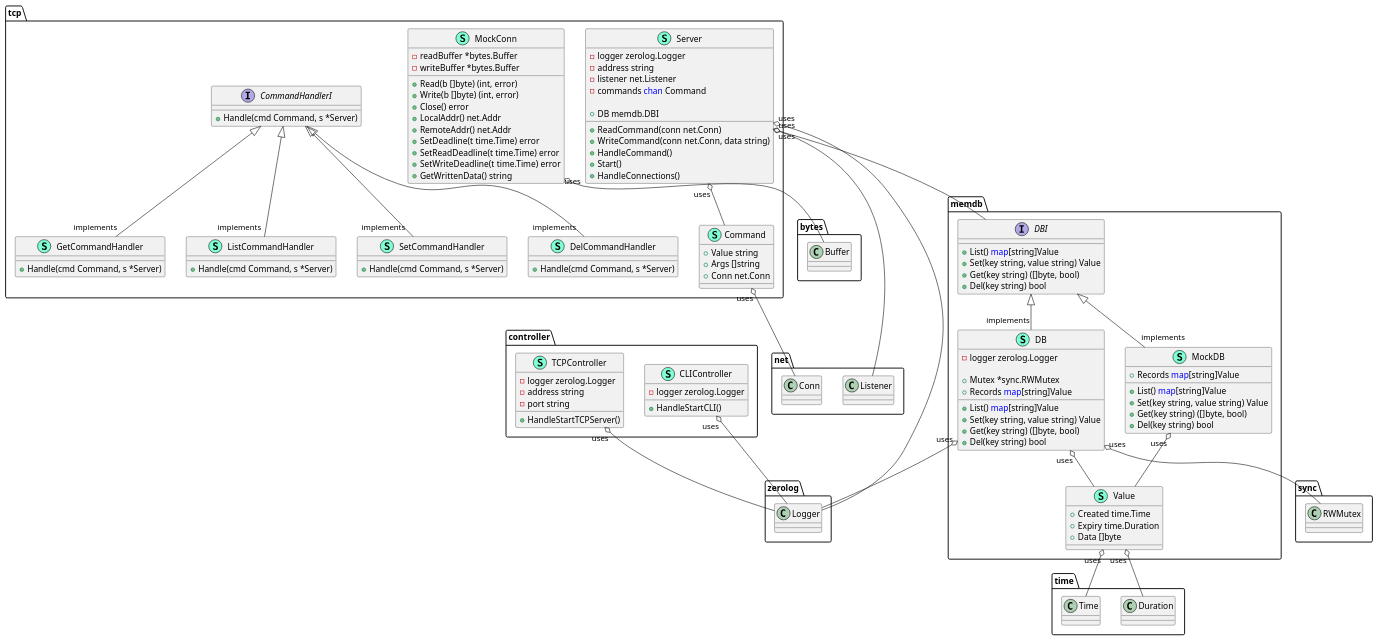
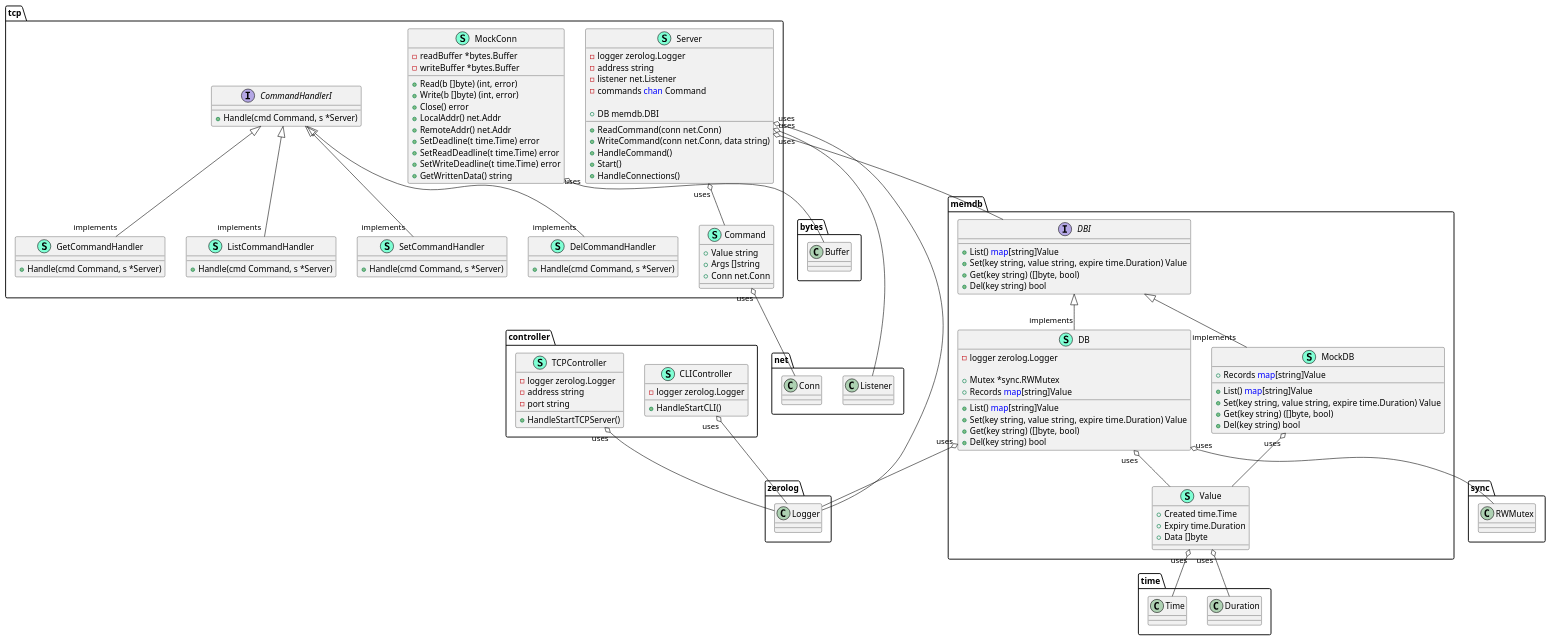
Before and after one commit to gijsdb/go-mem-db: the diagram in serverClassDiagram.puml, drawn with PlantUML. The commit also changed 1 other file, not shown here.

Commit message:
updated UML diagram

```diff
--- a/serverClassDiagram.puml
+++ b/serverClassDiagram.puml
@@ -1,141 +1,141 @@
 @startuml
 namespace controller {
     class CLIController << (S,Aquamarine) >> {
         - logger zerolog.Logger
 
         + HandleStartCLI() 
 
     }
     class TCPController << (S,Aquamarine) >> {
         - logger zerolog.Logger
         - address string
         - port string
 
         + HandleStartTCPServer() 
 
     }
 }
 
 
 "controller.CLIController""uses" o-- "zerolog.Logger"
 "controller.TCPController""uses" o-- "zerolog.Logger"
 
 namespace memdb {
     class DB << (S,Aquamarine) >> {
         - logger zerolog.Logger
 
         + Mutex *sync.RWMutex
         + Records <font color=blue>map</font>[string]Value
 
         + List() <font color=blue>map</font>[string]Value
-        + Set(key string, value string) Value
+        + Set(key string, value string, expire time.Duration) Value
         + Get(key string) ([]byte, bool)
         + Del(key string) bool
 
     }
     interface DBI  {
         + List() <font color=blue>map</font>[string]Value
-        + Set(key string, value string) Value
+        + Set(key string, value string, expire time.Duration) Value
         + Get(key string) ([]byte, bool)
         + Del(key string) bool
 
     }
     class MockDB << (S,Aquamarine) >> {
         + Records <font color=blue>map</font>[string]Value
 
         + List() <font color=blue>map</font>[string]Value
-        + Set(key string, value string) Value
+        + Set(key string, value string, expire time.Duration) Value
         + Get(key string) ([]byte, bool)
         + Del(key string) bool
 
     }
     class Value << (S,Aquamarine) >> {
         + Created time.Time
         + Expiry time.Duration
         + Data []byte
 
     }
 }
 
 "memdb.DBI" <|-- "implements""memdb.DB"
 "memdb.DBI" <|-- "implements""memdb.MockDB"
 
 "memdb.DB""uses" o-- "memdb.Value"
 "memdb.DB""uses" o-- "sync.RWMutex"
 "memdb.DB""uses" o-- "zerolog.Logger"
 "memdb.MockDB""uses" o-- "memdb.Value"
 "memdb.Value""uses" o-- "time.Duration"
 "memdb.Value""uses" o-- "time.Time"
 
 namespace tcp {
     class Command << (S,Aquamarine) >> {
         + Value string
         + Args []string
         + Conn net.Conn
 
     }
     interface CommandHandlerI  {
         + Handle(cmd Command, s *Server) 
 
     }
     class DelCommandHandler << (S,Aquamarine) >> {
         + Handle(cmd Command, s *Server) 
 
     }
     class GetCommandHandler << (S,Aquamarine) >> {
         + Handle(cmd Command, s *Server) 
 
     }
     class ListCommandHandler << (S,Aquamarine) >> {
         + Handle(cmd Command, s *Server) 
 
     }
     class MockConn << (S,Aquamarine) >> {
         - readBuffer *bytes.Buffer
         - writeBuffer *bytes.Buffer
 
         + Read(b []byte) (int, error)
         + Write(b []byte) (int, error)
         + Close() error
         + LocalAddr() net.Addr
         + RemoteAddr() net.Addr
         + SetDeadline(t time.Time) error
         + SetReadDeadline(t time.Time) error
         + SetWriteDeadline(t time.Time) error
         + GetWrittenData() string
 
     }
     class Server << (S,Aquamarine) >> {
         - logger zerolog.Logger
         - address string
         - listener net.Listener
         - commands <font color=blue>chan</font> Command
 
         + DB memdb.DBI
 
         + ReadCommand(conn net.Conn) 
         + WriteCommand(conn net.Conn, data string) 
         + HandleCommand() 
         + Start() 
         + HandleConnections() 
 
     }
     class SetCommandHandler << (S,Aquamarine) >> {
         + Handle(cmd Command, s *Server) 
 
     }
 }
 
 "tcp.CommandHandlerI" <|-- "implements""tcp.DelCommandHandler"
 "tcp.CommandHandlerI" <|-- "implements""tcp.GetCommandHandler"
 "tcp.CommandHandlerI" <|-- "implements""tcp.ListCommandHandler"
 "tcp.CommandHandlerI" <|-- "implements""tcp.SetCommandHandler"
 
 "tcp.Command""uses" o-- "net.Conn"
 "tcp.MockConn""uses" o-- "bytes.Buffer"
 "tcp.Server""uses" o-- "memdb.DBI"
 "tcp.Server""uses" o-- "net.Listener"
 "tcp.Server""uses" o-- "tcp.Command"
 "tcp.Server""uses" o-- "zerolog.Logger"
 
 @enduml
```
